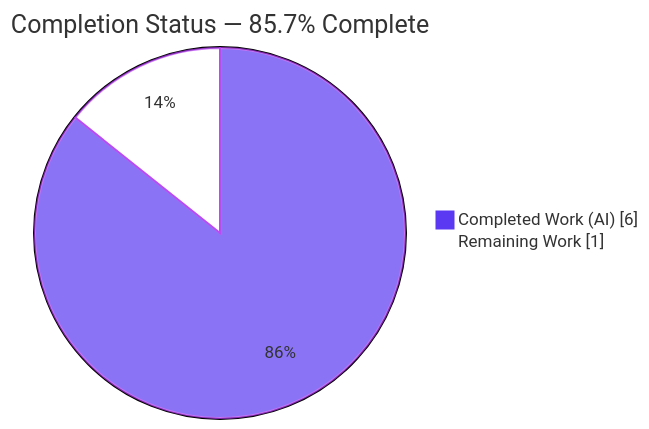
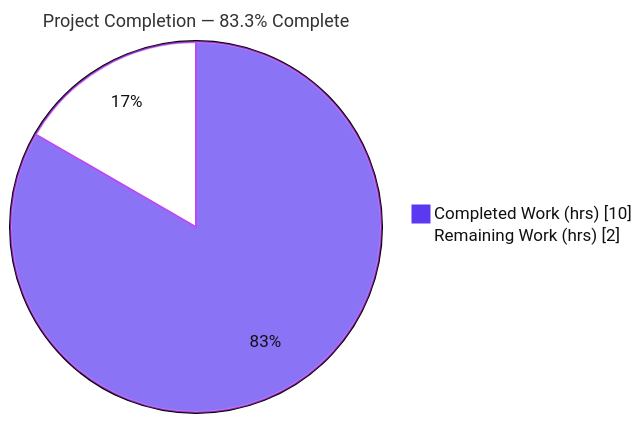
The first of 2 diagrams in blitzy/documentation/Project Guide.md (Sandeep01Kumar/05-jan-existing-projects-qa-test-4), drawn with Mermaid before and after one commit. The commit also changed other lines of this file, not shown here.

Commit message:
Adding Blitzy Project Guide: Project Status and Human Tasks Remaining

````diff
--- a/blitzy/documentation/Project Guide.md
+++ b/blitzy/documentation/Project Guide.md
@@ -17,6 +16,7 @@
 ```mermaid
-%%{init: {'theme':'base', 'themeVariables': {'pie1':'#5B39F3','pie2':'#FFFFFF','pieStrokeColor':'#B23AF2','pieStrokeWidth':'2px','pieOuterStrokeWidth':'2px'}}}%%
-pie showData title Completion Status — 85.7% Complete
-    "Completed Work (AI)" : 6.0
-    "Remaining Work" : 1.0
+%%{init: {'theme':'base','themeVariables':{'pie1':'#5B39F3','pie2':'#FFFFFF','pieStrokeColor':'#B23AF2','pieStrokeWidth':'2px','pieOuterStrokeWidth':'2px','pieTitleTextSize':'18px','pieSectionTextColor':'#111111','pieLegendTextColor':'#111111'}}}%%
+pie showData
+    title Project Completion — 83.3% Complete
+    "Completed Work (hrs)" : 10
+    "Remaining Work (hrs)" : 2
 ```
````
